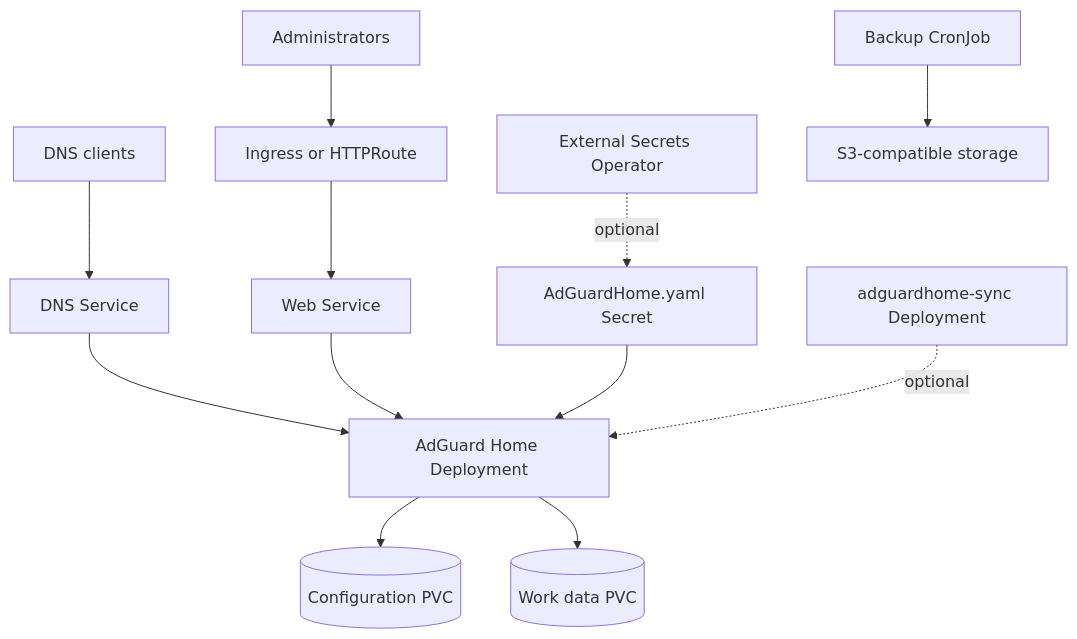
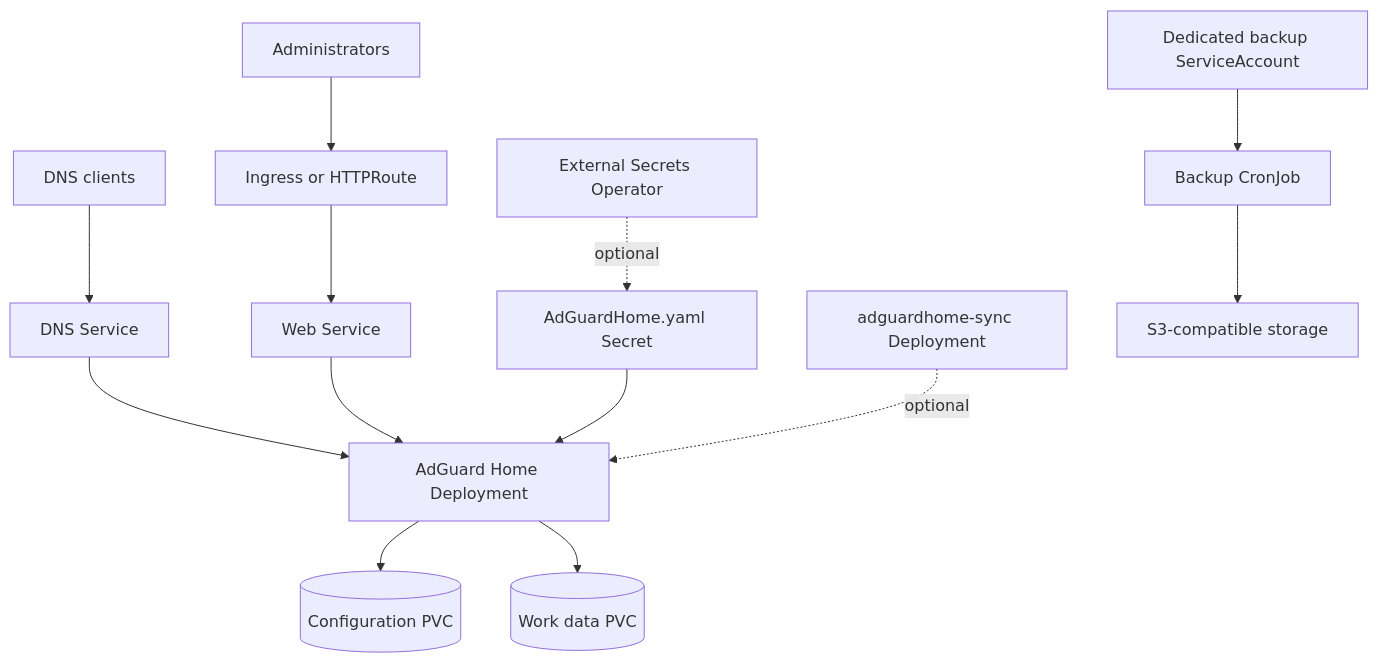
The diagram in charts/adguard-home/DESIGN.md (helmforgedev/charts), drawn with Mermaid before and after one commit. The commit also changed other lines of this file and 24 other files, not shown here.

First line of the commit message:
fix(adguard-home): add annotations and backup workload identity (#2076)

````diff
--- a/charts/adguard-home/DESIGN.md
+++ b/charts/adguard-home/DESIGN.md
@@ -15,14 +15,15 @@
 ```mermaid
 flowchart TB
   clients[DNS clients] --> dns[DNS Service]
   users[Administrators] --> route[Ingress or HTTPRoute]
   route --> web[Web Service]
   dns --> app[AdGuard Home Deployment]
   web --> app
   app --> conf[(Configuration PVC)]
   app --> work[(Work data PVC)]
   eso[External Secrets Operator] -. optional .-> configSecret[AdGuardHome.yaml Secret]
   configSecret --> app
   sync[adguardhome-sync Deployment] -. optional .-> app
-  backup[Backup CronJob] --> s3[S3-compatible storage]
+  backupIdentity[Dedicated backup ServiceAccount] --> backup[Backup CronJob]
+  backup --> s3[S3-compatible storage]
 ```
````
